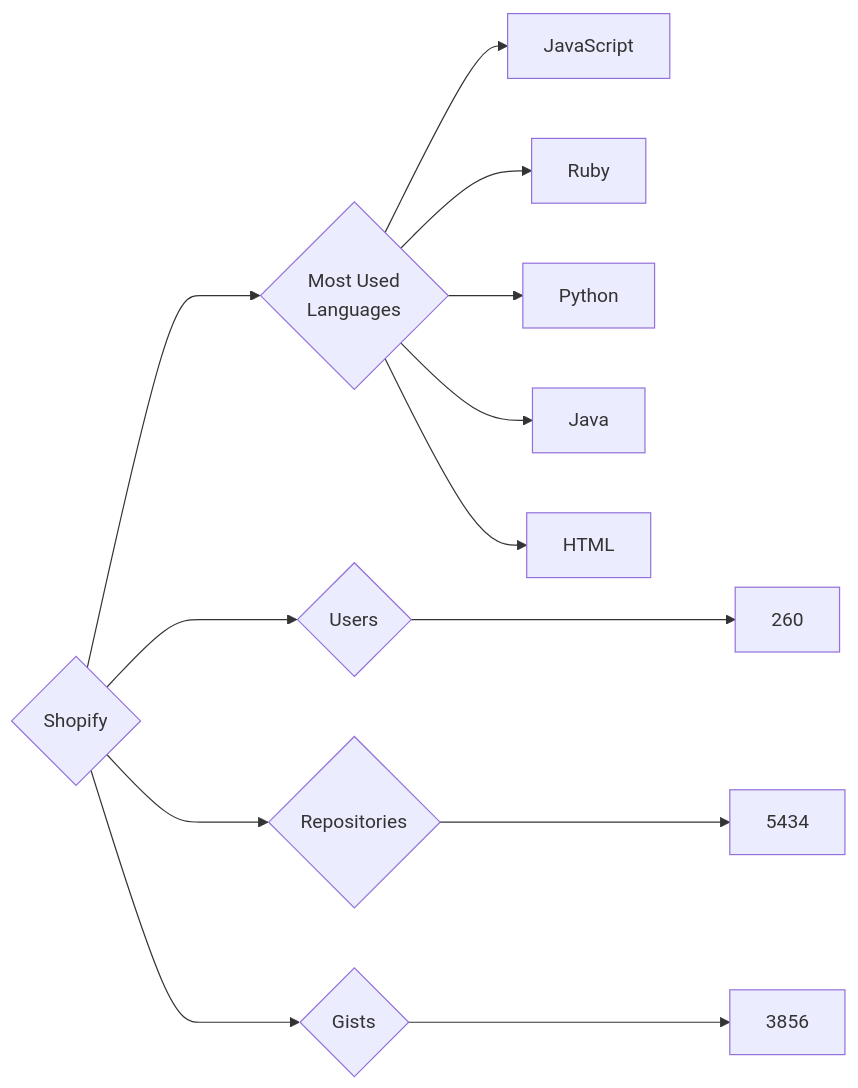
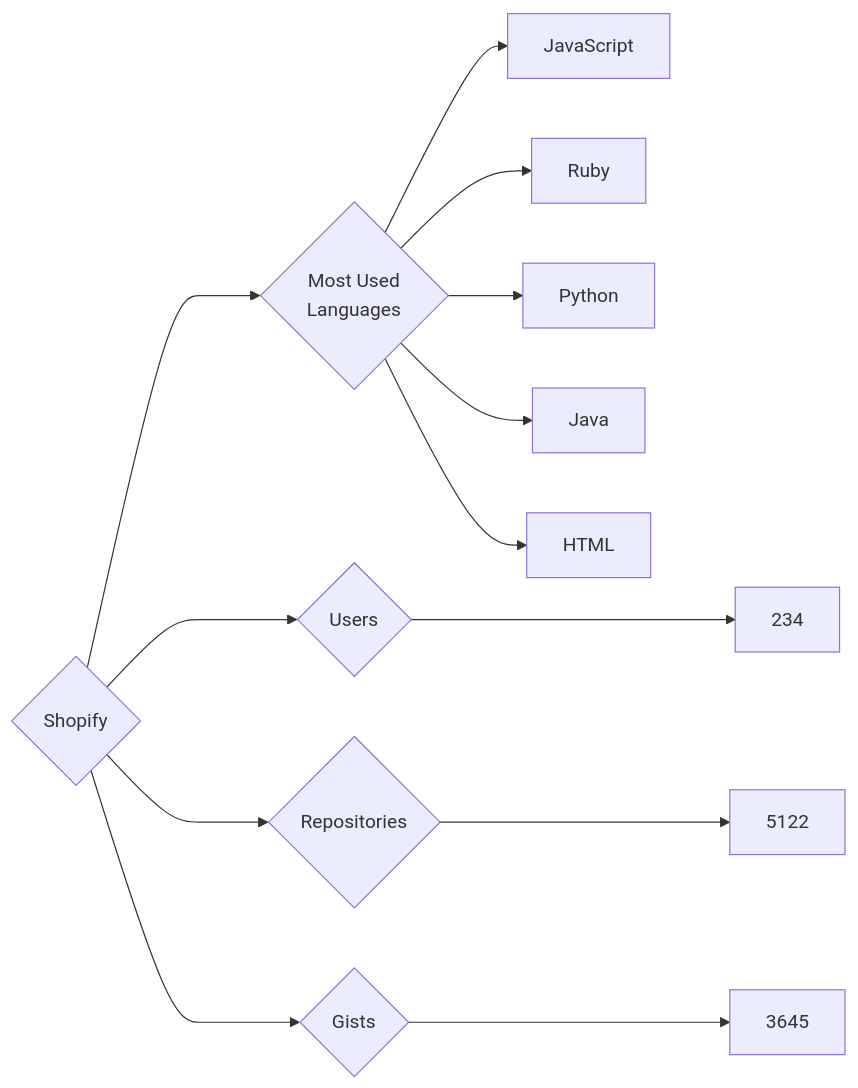
One commit to trickest/insiders changed the diagram in targets/Shopify/README.md. Above: the diagram before and after it, drawn with Mermaid. The commit also changed 940 other files, not shown here.

````diff
--- a/targets/Shopify/README.md
+++ b/targets/Shopify/README.md
@@ -3,13 +3,13 @@
 ```mermaid
 graph LR
 COMPANY_NAME{Shopify}
-COMPANY_NAME ---> U{Users} ---> UN[260]
-COMPANY_NAME ---> R{Repositories} ---> RN[5434]
-COMPANY_NAME ---> G{Gists} ---> GN[3856]
+COMPANY_NAME ---> U{Users} ---> UN[234]
+COMPANY_NAME ---> R{Repositories} ---> RN[5122]
+COMPANY_NAME ---> G{Gists} ---> GN[3645]
 COMPANY_NAME ---> ML{Most Used<br>Languages}
 ML --> JavaScript[JavaScript]
 ML --> Ruby[Ruby]
 ML --> Python[Python]
 ML --> Java[Java]
 ML --> HTML[HTML]
 ```
````
